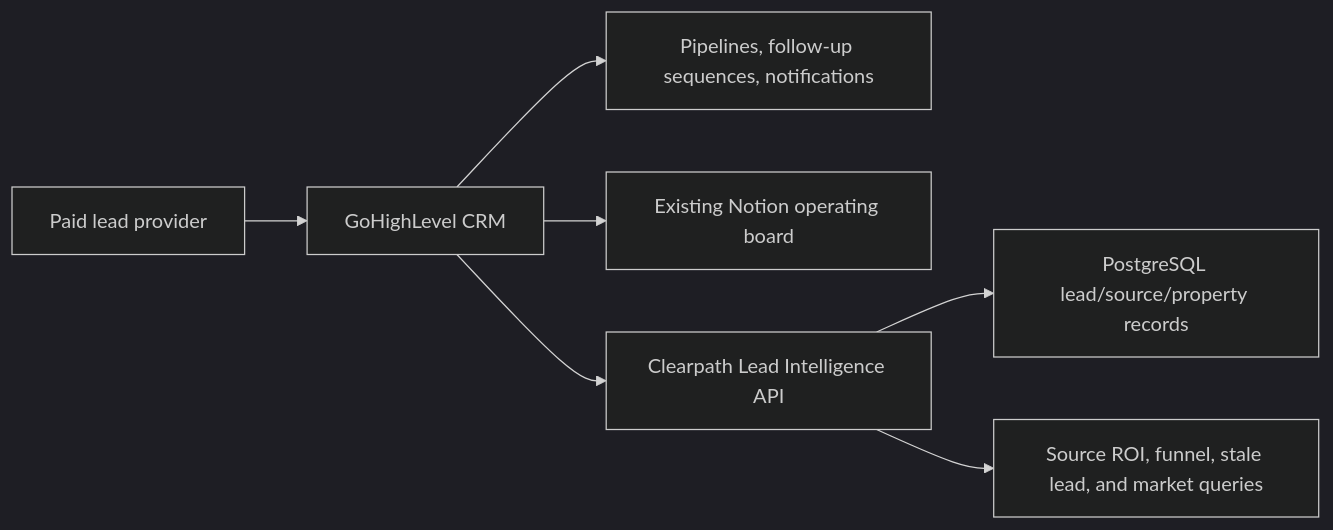
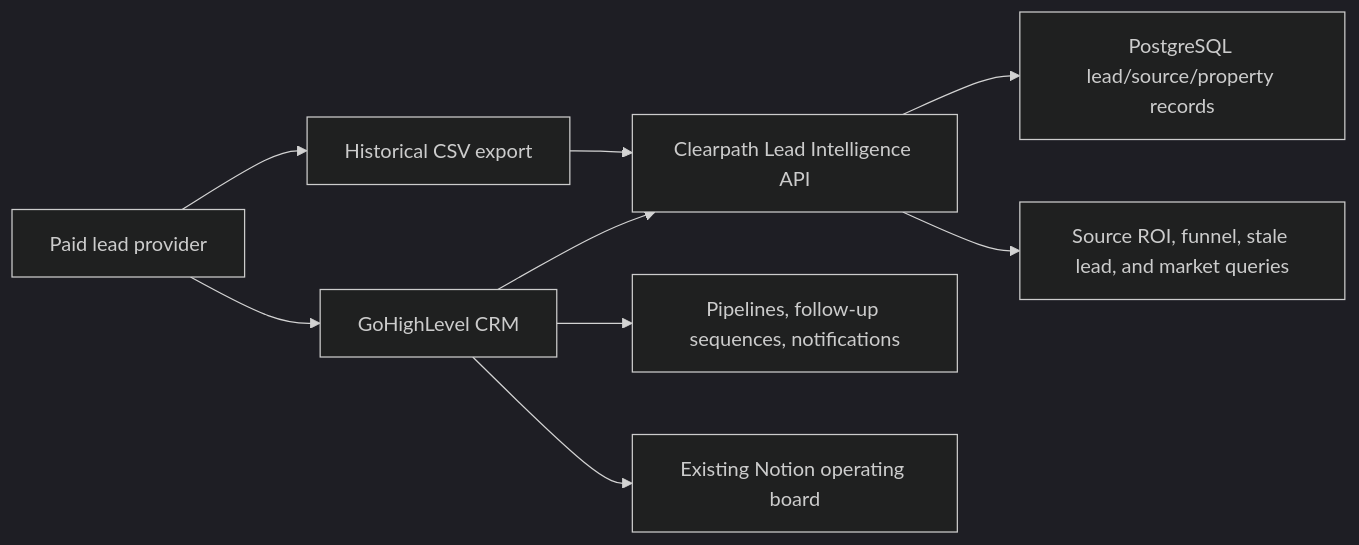
One commit to manynames3/clearpath-fargate-api changed the first of 4 diagrams in docs/architecture.md. Above: the diagram before and after it, drawn with Mermaid (dark theme). The commit also changed other lines of this file and 13 other files, not shown here.

Commit message:
feat: support csv lead backfills

````diff
--- a/docs/architecture.md
+++ b/docs/architecture.md
@@ -13,9 +13,11 @@
 ```mermaid
 flowchart LR
     provider["Paid lead provider"] --> ghl["GoHighLevel CRM"]
+    provider --> csv["Historical CSV export"]
+    csv --> api["Clearpath Lead Intelligence API"]
     ghl --> sales["Pipelines, follow-up sequences, notifications"]
     ghl --> notion["Existing Notion operating board"]
     ghl --> api["Clearpath Lead Intelligence API"]
     api --> db["PostgreSQL lead/source/property records"]
     api --> reports["Source ROI, funnel, stale lead, and market queries"]
 ```
````
